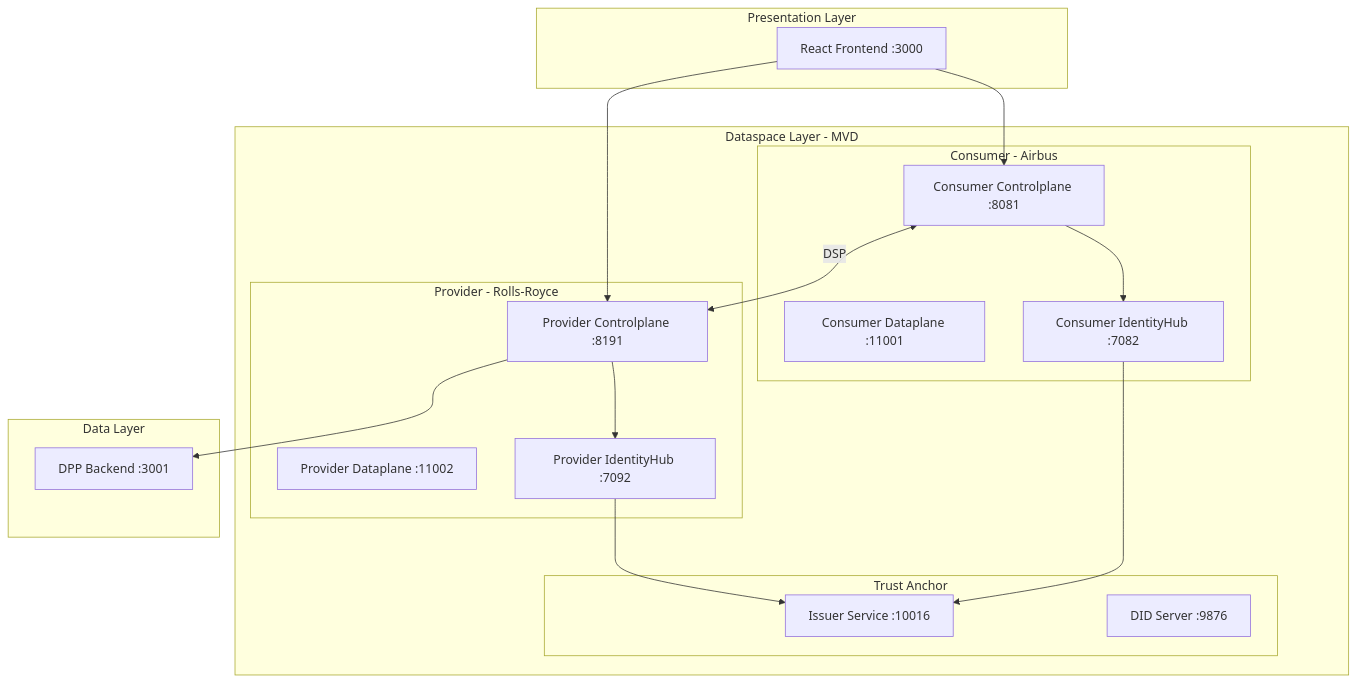
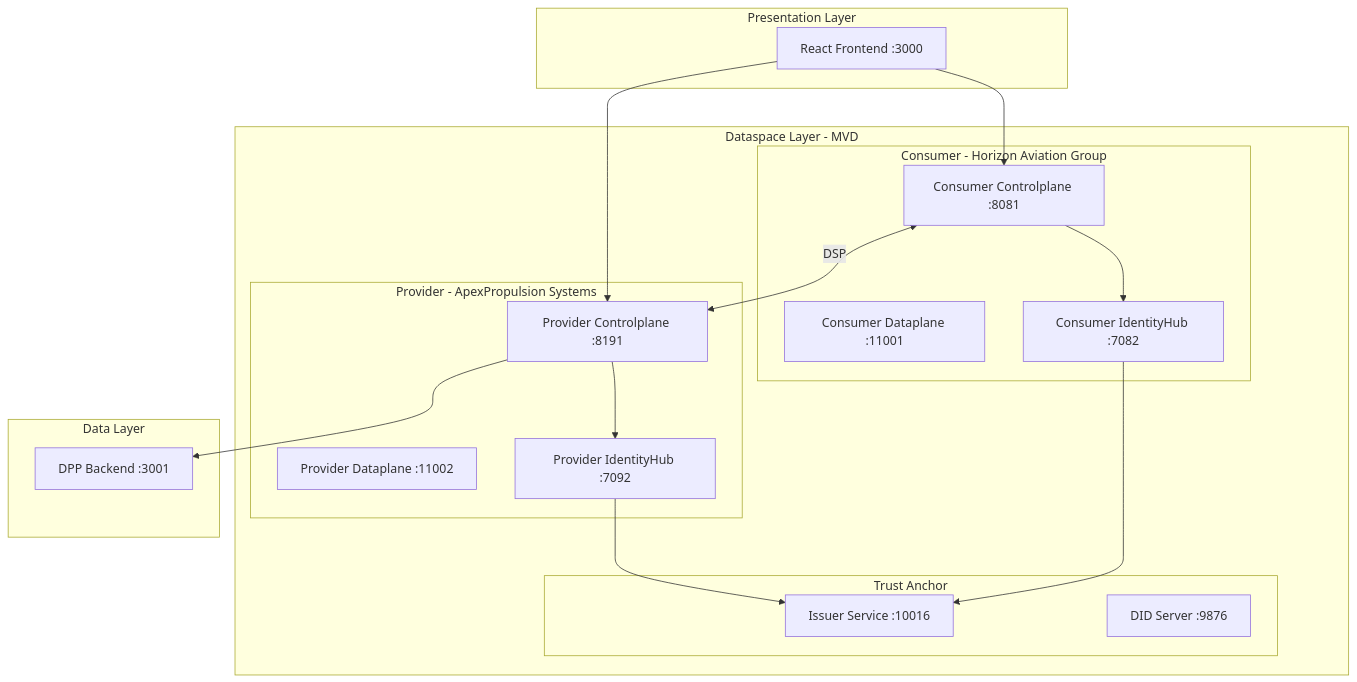
Before and after one commit to ma3u/MinimumViableDataspace: the second of 8 diagrams in README.md, drawn with Mermaid. The commit also changed other lines of this file and 13 other files, not shown here.

````diff
--- a/README.md
+++ b/README.md
@@ -105,38 +122,38 @@
 ```mermaid
 flowchart TB
     subgraph Presentation["Presentation Layer"]
         FE["React Frontend :3000"]
     end
     
     subgraph Dataspace["Dataspace Layer - MVD"]
-        subgraph Consumer["Consumer - Airbus"]
+        subgraph Consumer["Consumer - Horizon Aviation Group"]
             CC["Consumer Controlplane :8081"]
             CD["Consumer Dataplane :11001"]
             CIH["Consumer IdentityHub :7082"]
         end
         
-        subgraph Provider["Provider - Rolls-Royce"]
+        subgraph Provider["Provider - ApexPropulsion Systems"]
             PC["Provider Controlplane :8191"]
             PD["Provider Dataplane :11002"]
             PIH["Provider IdentityHub :7092"]
         end
         
         subgraph Trust["Trust Anchor"]
             ISS["Issuer Service :10016"]
             NGINX["DID Server :9876"]
         end
     end
     
     subgraph Data["Data Layer"]
         BE["DPP Backend :3001"]
     end
     
     FE --> CC
     FE --> PC
     CC <--> |DSP| PC
     CC --> CIH
     PC --> PIH
     CIH --> ISS
     PIH --> ISS
     PC --> BE
 ```
````
